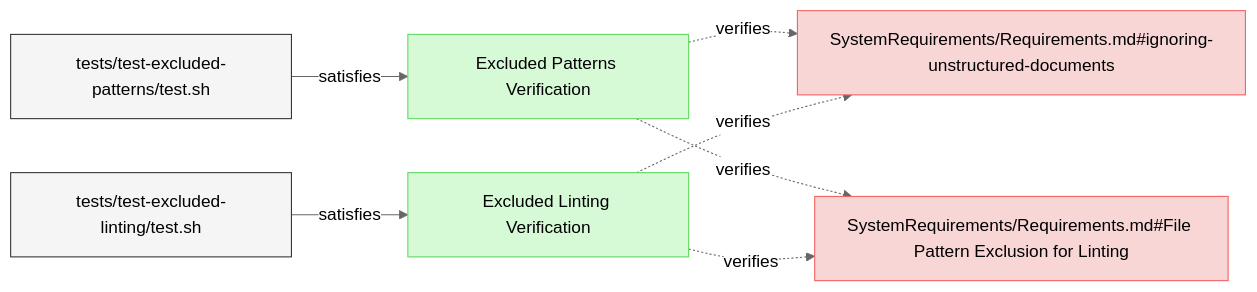
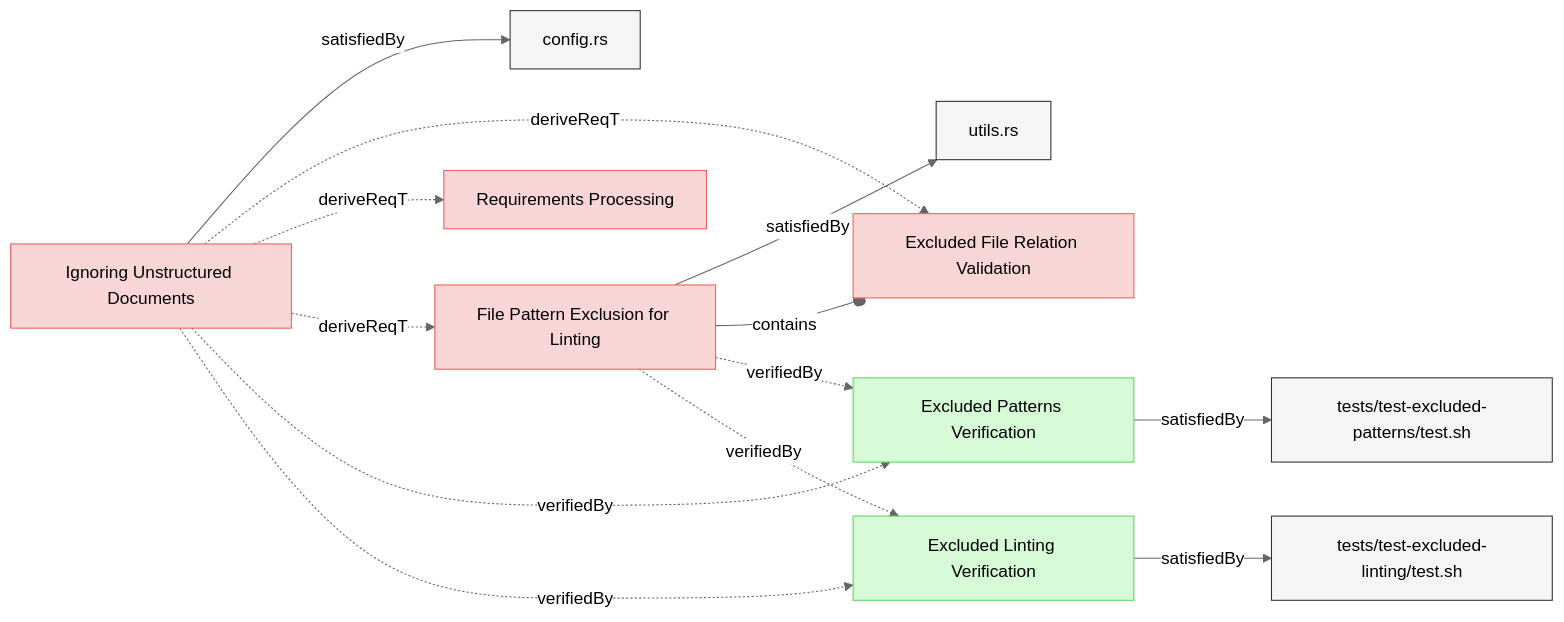
One commit to reqvire-org/reqvire changed the third of 3 diagrams in specifications/Verifications/LintingTests.md. Above: the diagram before and after it, drawn with Mermaid (neutral theme). The commit also changed other lines of this file and 27 other files, not shown here.

Commit message:
Diagrams update.X

````diff
--- a/specifications/Verifications/LintingTests.md
+++ b/specifications/Verifications/LintingTests.md
@@ -232,33 +268,51 @@
 ```mermaid
 graph LR;
   %% Graph styling
   classDef requirement fill:#f9d6d6,stroke:#f55f5f,stroke-width:1px;
   classDef verification fill:#d6f9d6,stroke:#5fd75f,stroke-width:1px;
   classDef externalLink fill:#d0e0ff,stroke:#3080ff,stroke-width:1px;
   classDef default fill:#f5f5f5,stroke:#333333,stroke-width:1px;
 
   590a4cc1c558992f["Excluded Patterns Verification"];
   class 590a4cc1c558992f verification;
   click 590a4cc1c558992f "LintingTests.md#excluded-patterns-verification";
-  be83c2991e9535c7["SystemRequirements/Requirements.md#ignoring-unstructured-documents"];
-  class be83c2991e9535c7 requirement;
-  click be83c2991e9535c7 "../SystemRequirements/Requirements.md#ignoring-unstructured-documents";
-  590a4cc1c558992f -.->|verifies| be83c2991e9535c7;
-  bef37c31db69b66a["SystemRequirements/Requirements.md#File Pattern Exclusion for Linting"];
-  class bef37c31db69b66a requirement;
-  click bef37c31db69b66a "../SystemRequirements/Requirements.md#file-pattern-exclusion-for-linting";
-  590a4cc1c558992f -.->|verifies| bef37c31db69b66a;
   a29e69e90fa71f39["tests/test-excluded-patterns/test.sh"];
   class a29e69e90fa71f39 default;
   click a29e69e90fa71f39 "../../tests/test-excluded-patterns/test.sh";
-  a29e69e90fa71f39 -->|satisfies| 590a4cc1c558992f;
+  590a4cc1c558992f -->|satisfiedBy| a29e69e90fa71f39;
   71b5a1d5e278aa8e["Excluded Linting Verification"];
   class 71b5a1d5e278aa8e verification;
   click 71b5a1d5e278aa8e "LintingTests.md#excluded-linting-verification";
-  71b5a1d5e278aa8e -.->|verifies| be83c2991e9535c7;
-  71b5a1d5e278aa8e -.->|verifies| bef37c31db69b66a;
   de8bc63ebb2a09e7["tests/test-excluded-linting/test.sh"];
   class de8bc63ebb2a09e7 default;
   click de8bc63ebb2a09e7 "../../tests/test-excluded-linting/test.sh";
-  de8bc63ebb2a09e7 -->|satisfies| 71b5a1d5e278aa8e;
+  71b5a1d5e278aa8e -->|satisfiedBy| de8bc63ebb2a09e7;
+  bef37c31db69b66a["File Pattern Exclusion for Linting"];
+  class bef37c31db69b66a requirement;
+  click bef37c31db69b66a "../SystemRequirements/Requirements.md#file-pattern-exclusion-for-linting";
+  ce2625feec883e55["utils.rs"];
+  class ce2625feec883e55 default;
+  click ce2625feec883e55 "../../core/src/utils.rs";
+  bef37c31db69b66a -->|satisfiedBy| ce2625feec883e55;
+  929c6c204cb3fedb["Excluded File Relation Validation"];
+  class 929c6c204cb3fedb requirement;
+  click 929c6c204cb3fedb "../SystemRequirements/Requirements.md#excluded-file-relation-validation";
+  bef37c31db69b66a --o|contains| 929c6c204cb3fedb;
+  bef37c31db69b66a -.->|verifiedBy| 590a4cc1c558992f;
+  bef37c31db69b66a -.->|verifiedBy| 71b5a1d5e278aa8e;
+  be83c2991e9535c7["Ignoring Unstructured Documents"];
+  class be83c2991e9535c7 requirement;
+  click be83c2991e9535c7 "../SystemRequirements/Requirements.md#ignoring-unstructured-documents";
+  8419dcc77d92b609["config.rs"];
+  class 8419dcc77d92b609 default;
+  click 8419dcc77d92b609 "../../cli/src/config.rs";
+  be83c2991e9535c7 -->|satisfiedBy| 8419dcc77d92b609;
+  be83c2991e9535c7 -.->|deriveReqT| 929c6c204cb3fedb;
+  bed8d0948b3e5ccd["Requirements Processing"];
+  class bed8d0948b3e5ccd requirement;
+  click bed8d0948b3e5ccd "../SystemRequirements/Requirements.md#requirements-processing";
+  be83c2991e9535c7 -.->|deriveReqT| bed8d0948b3e5ccd;
+  be83c2991e9535c7 -.->|deriveReqT| bef37c31db69b66a;
+  be83c2991e9535c7 -.->|verifiedBy| 590a4cc1c558992f;
+  be83c2991e9535c7 -.->|verifiedBy| 71b5a1d5e278aa8e;
 ```
````
